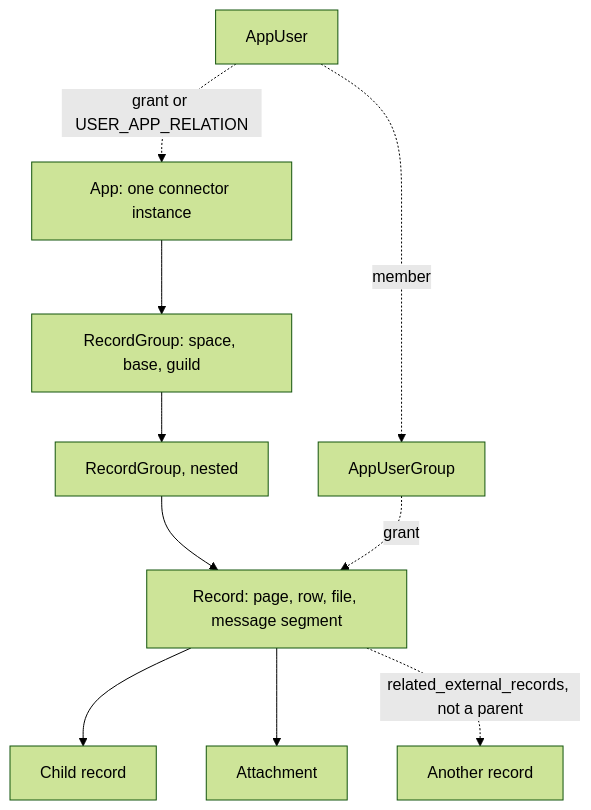
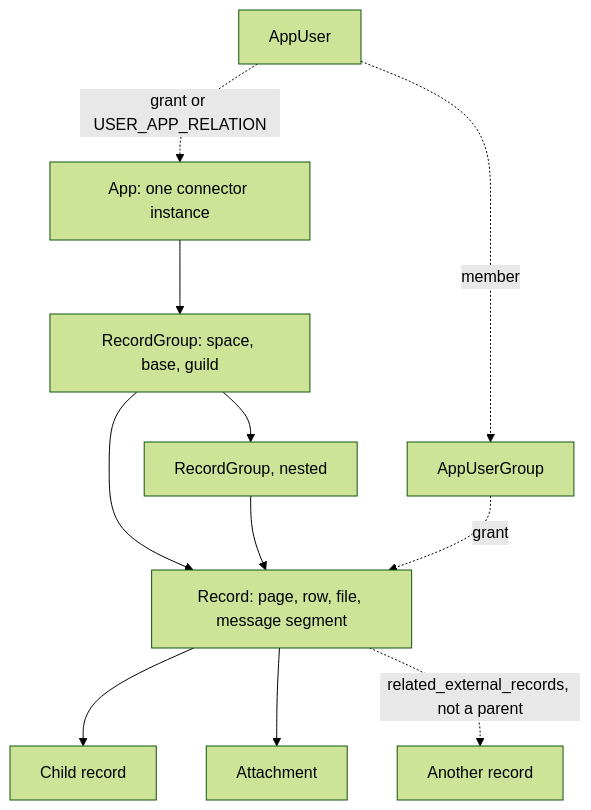
The fourth of 5 diagrams in docs/connectors/01-high-level-design.md (pipeshub-ai/pipeshub-ai), drawn with Mermaid (forest theme) before and after one commit. The commit also changed other lines of this file and 3 other files, not shown here.

````diff
--- a/docs/connectors/01-high-level-design.md
+++ b/docs/connectors/01-high-level-design.md
@@ -104,13 +105,14 @@
 ```mermaid
 flowchart TD
   A[App: one connector instance]
   A --> RG[RecordGroup: space, base, guild]
   RG --> RG2[RecordGroup, nested]
-  RG2 --> R[Record: page, row, file, message segment]
+  RG --> R[Record: page, row, file, message segment]
+  RG2 --> R
   R --> C[Child record]
   R --> AT[Attachment]
   U[AppUser] -.->|grant or USER_APP_RELATION| A
   UG[AppUserGroup] -.->|grant| R
   U -.->|member| UG
   R -.->|related_external_records, not a parent| R2[Another record]
 ```
````
